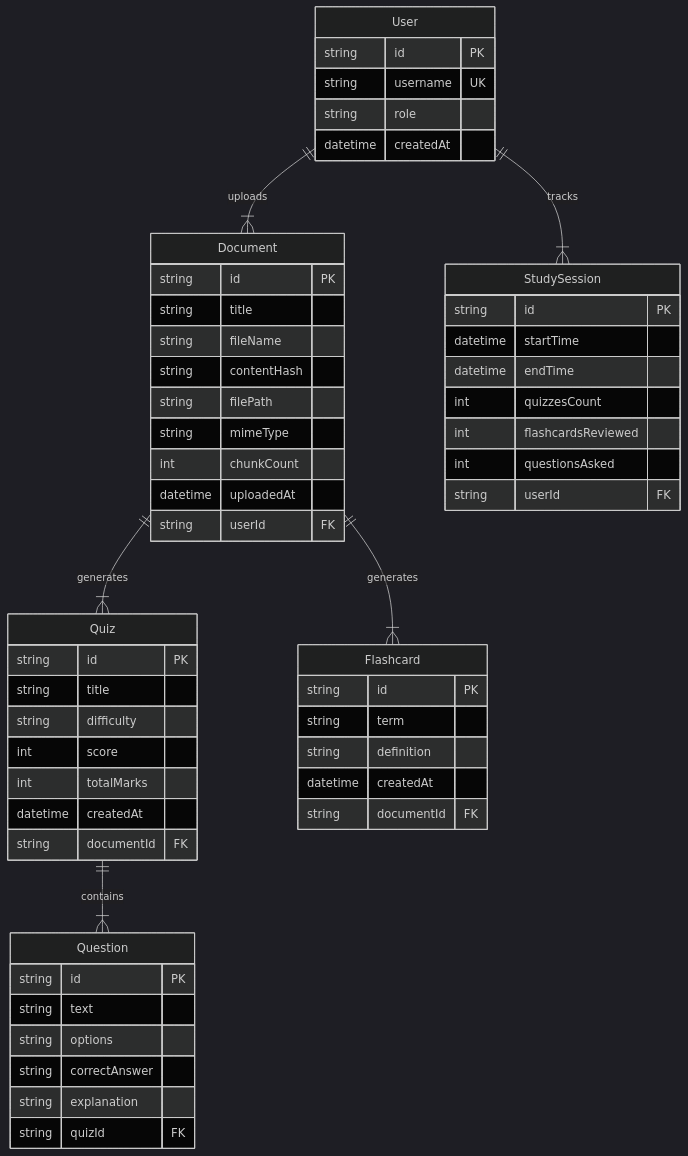
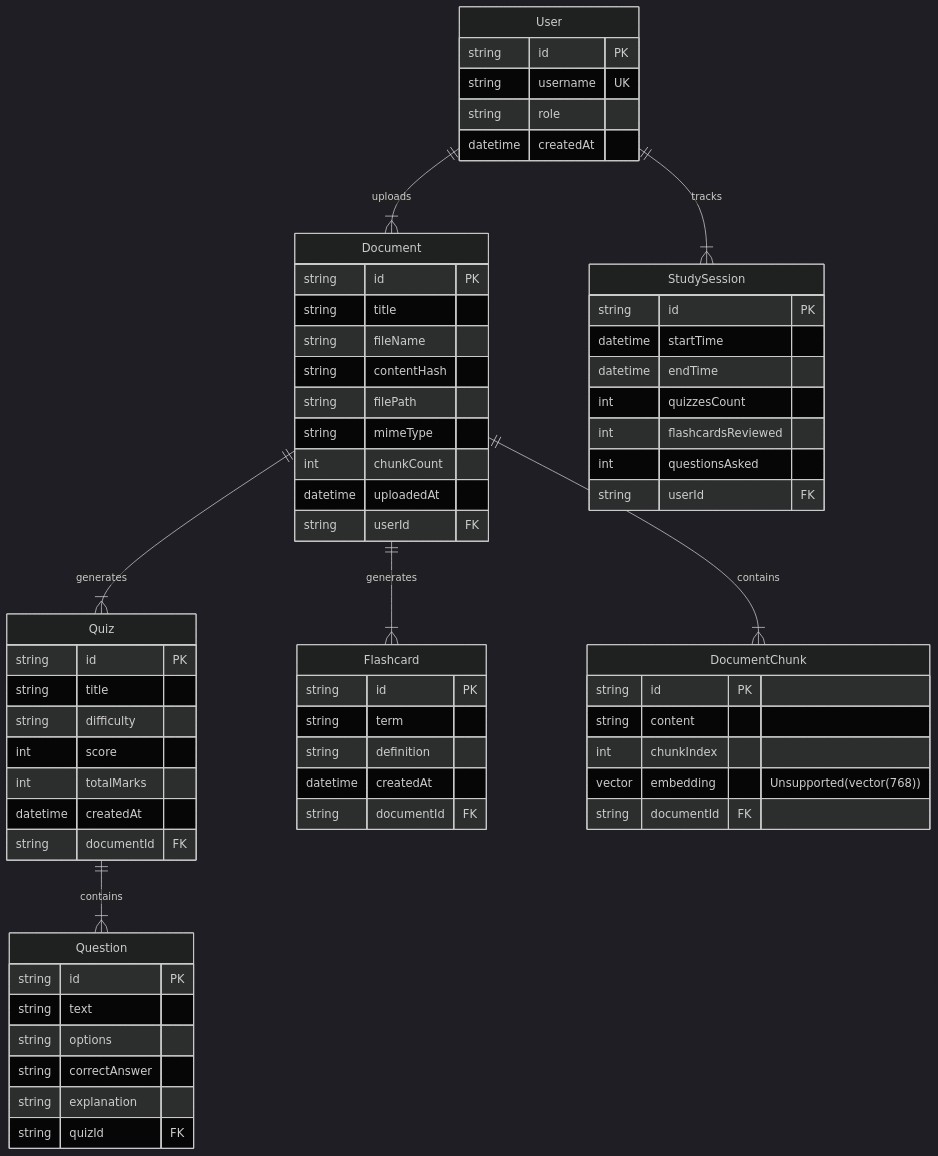
One commit to AyushCoder9/PromptPrep changed the diagram in ErDiagram.md. Above: the diagram before and after it, drawn with Mermaid (dark theme). The commit also changed 5 other files, not shown here.

Commit message:
Update documentation and diagrams to reflect Supabase PGVector architecture; restyle README

````diff
--- a/ErDiagram.md
+++ b/ErDiagram.md
@@ -1,63 +1,72 @@
 ```mermaid
 erDiagram
     User ||--|{ Document : uploads
     User ||--|{ StudySession : tracks
     User {
         string id PK
         string username UK
         string role
         datetime createdAt
     }
 
     Document ||--|{ Quiz : generates
     Document ||--|{ Flashcard : generates
+    Document ||--|{ DocumentChunk : contains
     Document {
         string id PK
         string title
         string fileName
         string contentHash
         string filePath
         string mimeType
         int chunkCount
         datetime uploadedAt
         string userId FK
+    }
+
+    DocumentChunk {
+        string id PK
+        string content
+        int chunkIndex
+        vector embedding "Unsupported(vector(768))"
+        string documentId FK
     }
 
     Quiz ||--|{ Question : contains
     Quiz {
         string id PK
         string title
         string difficulty
         int score
         int totalMarks
         datetime createdAt
         string documentId FK
     }
 
     Question {
         string id PK
         string text
         string options
         string correctAnswer
         string explanation
         string quizId FK
     }
 
     Flashcard {
         string id PK
         string term
         string definition
         datetime createdAt
         string documentId FK
     }
 
     StudySession {
         string id PK
         datetime startTime
         datetime endTime
         int quizzesCount
         int flashcardsReviewed
         int questionsAsked
         string userId FK
     }
 ```
````
